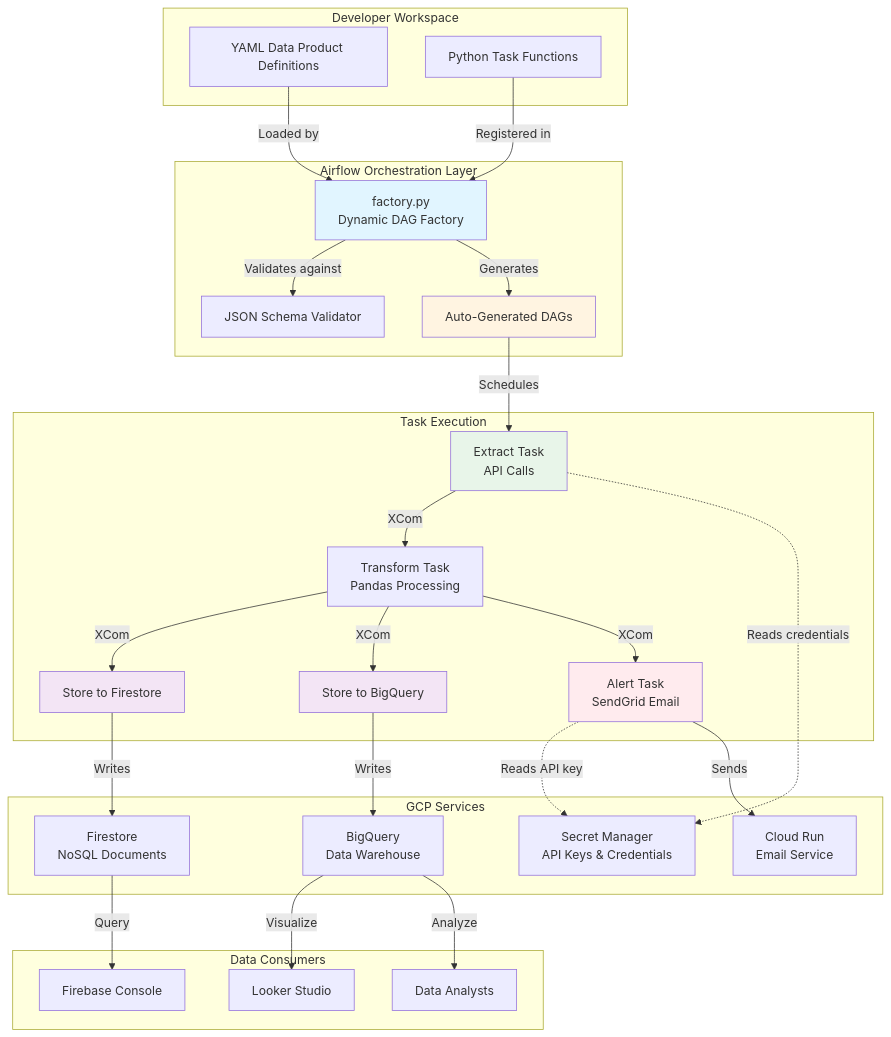
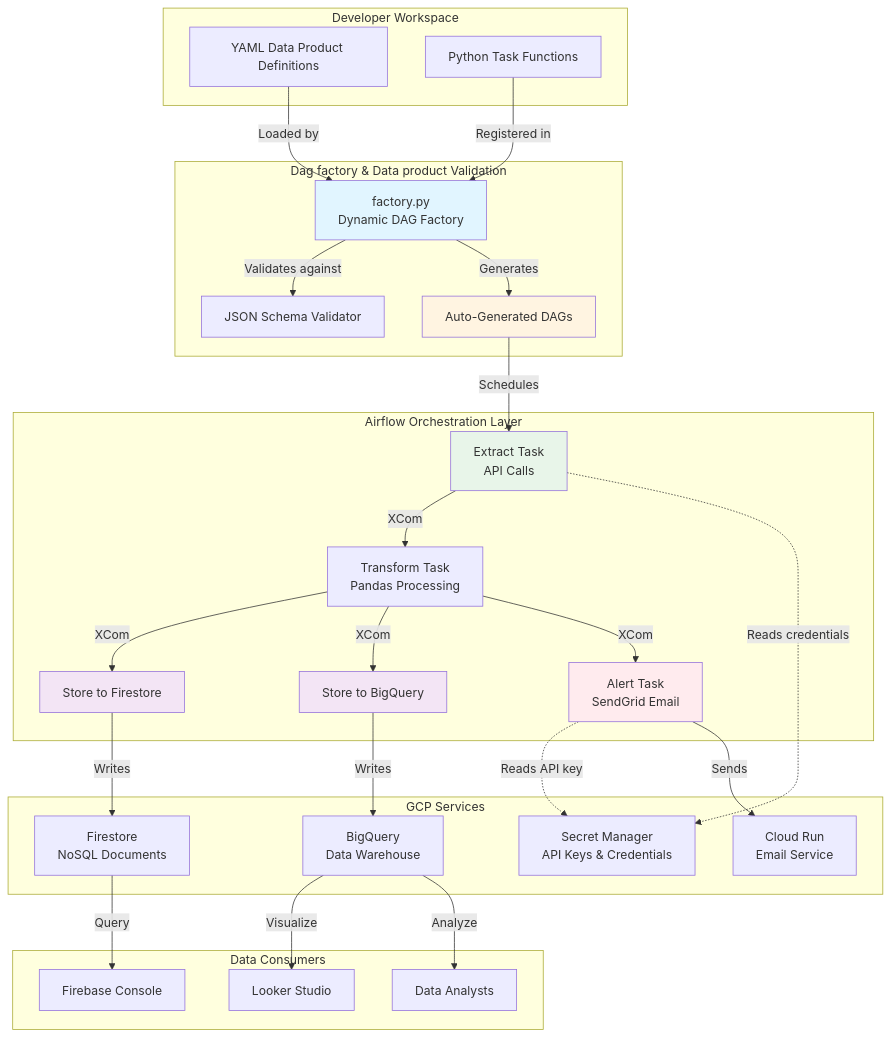
Before and after one commit to aldenirsrv/DATA_PRODUCT: the first of 2 diagrams in readme.md, drawn with Mermaid.

Commit message:
Rename subgraphs in readme.md for clarity

````diff
--- a/readme.md
+++ b/readme.md
@@ -64,61 +64,61 @@
 ```mermaid
 graph TB
     subgraph "Developer Workspace"
         YAML[YAML Data Product Definitions]
         CODE[Python Task Functions]
     end
 
-    subgraph "Airflow Orchestration Layer"
+    subgraph "Dag factory & Data product Validation"
         FACTORY[factory.py<br/>Dynamic DAG Factory]
         SCHEMA[JSON Schema Validator]
         DAG[Auto-Generated DAGs]
     end
 
-    subgraph "Task Execution"
+    subgraph "Airflow Orchestration Layer"
         EXTRACT[Extract Task<br/>API Calls]
         TRANSFORM[Transform Task<br/>Pandas Processing]
         STORE_FS[Store to Firestore]
         STORE_BQ[Store to BigQuery]
         ALERT[Alert Task<br/>SendGrid Email]
     end
 
     subgraph "GCP Services"
         SM[Secret Manager<br/>API Keys & Credentials]
         FS[Firestore<br/>NoSQL Documents]
         BQ[BigQuery<br/>Data Warehouse]
         SG[Cloud Run<br/>Email Service]
     end
 
     subgraph "Data Consumers"
         CONSOLE[Firebase Console]
         LOOKER[Looker Studio]
         ANALYSTS[Data Analysts]
     end
 
     YAML -->|Loaded by| FACTORY
     CODE -->|Registered in| FACTORY
     FACTORY -->|Validates against| SCHEMA
     FACTORY -->|Generates| DAG
     DAG -->|Schedules| EXTRACT
     EXTRACT -->|XCom| TRANSFORM
     TRANSFORM -->|XCom| STORE_FS
     TRANSFORM -->|XCom| STORE_BQ
     TRANSFORM -->|XCom| ALERT
     
     EXTRACT -.->|Reads credentials| SM
     STORE_FS -->|Writes| FS
     STORE_BQ -->|Writes| BQ
     ALERT -.->|Reads API key| SM
 	ALERT -->|Sends| SG
     
     FS -->|Query| CONSOLE
     BQ -->|Visualize| LOOKER
     BQ -->|Analyze| ANALYSTS
 
     style FACTORY fill:#e1f5ff
     style DAG fill:#fff4e1
     style EXTRACT fill:#e8f5e9
     style STORE_FS fill:#f3e5f5
     style STORE_BQ fill:#f3e5f5
     style ALERT fill:#ffebee
 ```
````
